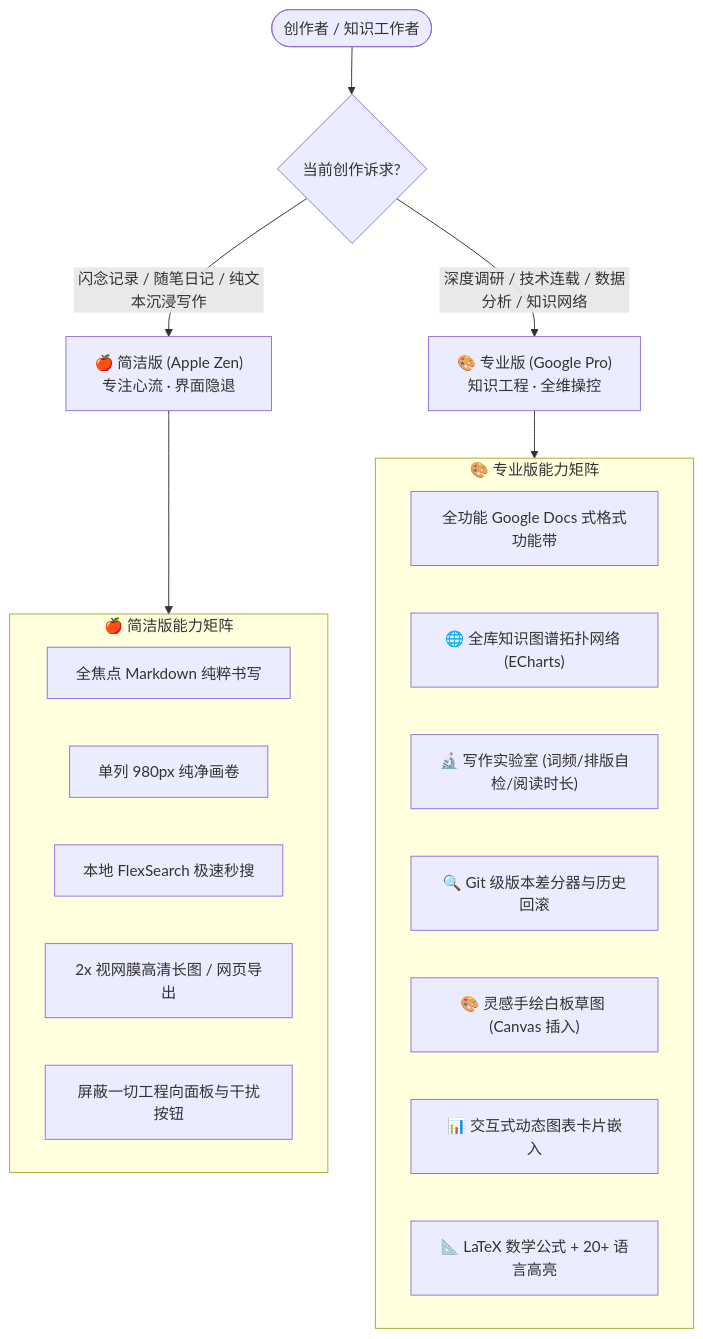
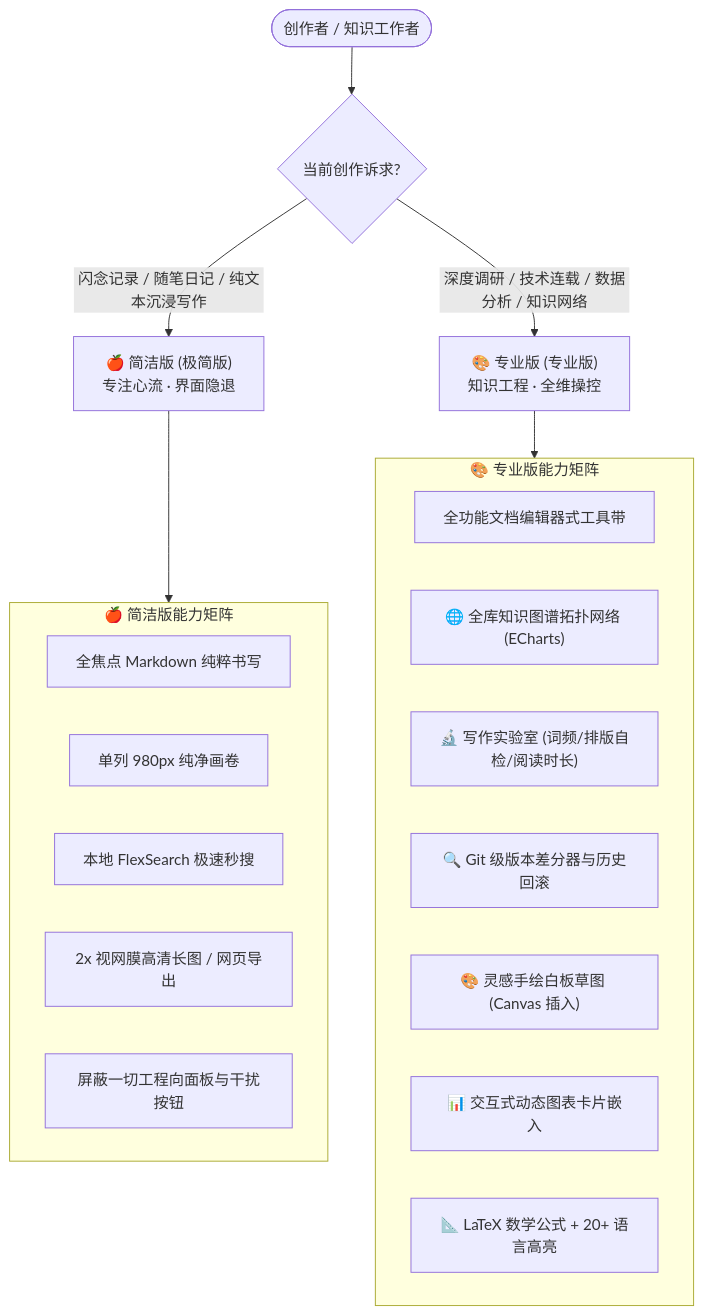
The diagram in DESIGN-SPEC.md (yeyanli543-dot/longpost), drawn with Mermaid before and after one commit. The commit also changed other lines of this file and 20 other files, not shown here.

First line of the commit message:
feat(desktop): 应用内更新 + 双工作区改称「极简版 / 专业版」

````diff
--- a/DESIGN-SPEC.md
+++ b/DESIGN-SPEC.md
@@ -53,28 +53,28 @@
 ```mermaid
 flowchart TD
     User([创作者 / 知识工作者]) --> Choice{当前创作诉求?}
     
-    Choice -->|闪念记录 / 随笔日记 / 纯文本沉浸写作| LiteMode["🍎 简洁版 (Apple Zen)<br>专注心流 · 界面隐退"]
-    Choice -->|深度调研 / 技术连载 / 数据分析 / 知识网络| ProMode["🎨 专业版 (Google Pro)<br>知识工程 · 全维操控"]
+    Choice -->|闪念记录 / 随笔日记 / 纯文本沉浸写作| LiteMode["🍎 简洁版 (极简版)<br>专注心流 · 界面隐退"]
+    Choice -->|深度调研 / 技术连载 / 数据分析 / 知识网络| ProMode["🎨 专业版 (专业版)<br>知识工程 · 全维操控"]
 
     subgraph LiteScope ["🍎 简洁版能力矩阵"]
         Lite1["全焦点 Markdown 纯粹书写"]
         Lite2["单列 980px 纯净画卷"]
         Lite3["本地 FlexSearch 极速秒搜"]
         Lite4["2x 视网膜高清长图 / 网页导出"]
         Lite5["屏蔽一切工程向面板与干扰按钮"]
     end
 
     subgraph ProScope ["🎨 专业版能力矩阵"]
-        Pro1["全功能 Google Docs 式格式功能带"]
+        Pro1["全功能文档编辑器式工具带"]
         Pro2["🌐 全库知识图谱拓扑网络 (ECharts)"]
         Pro3["🔬 写作实验室 (词频/排版自检/阅读时长)"]
         Pro4["🔍 Git 级版本差分器与历史回滚"]
         Pro5["🎨 灵感手绘白板草图 (Canvas 插入)"]
         Pro6["📊 交互式动态图表卡片嵌入"]
         Pro7["📐 LaTeX 数学公式 + 20+ 语言高亮"]
     end
 
     LiteMode --> LiteScope
     ProMode --> ProScope
 ```
````
